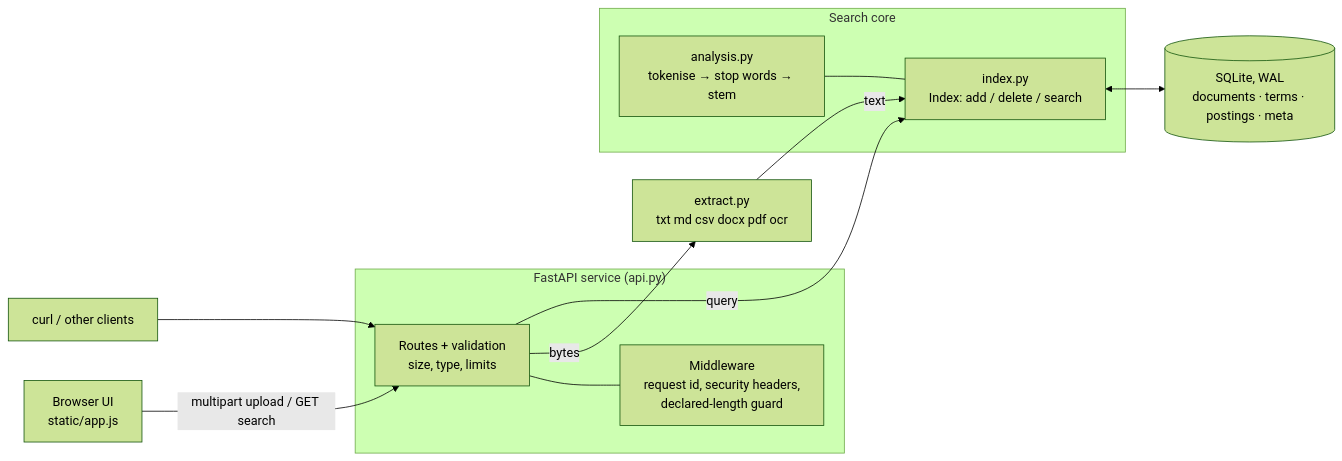
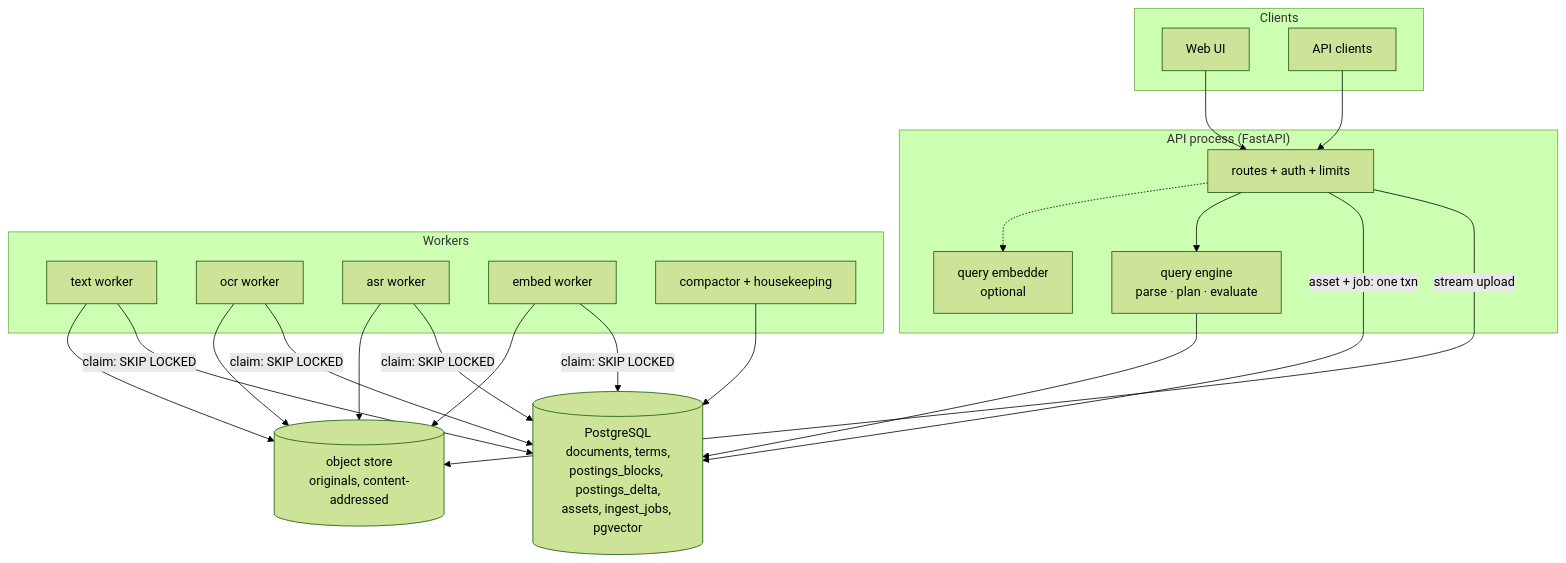
Before and after one commit to dipesh9765/SIH-Big-Data-Searching: the first of 3 diagrams in ARCHITECTURE.md, drawn with Mermaid (forest theme). The commit also changed other lines of this file and 6 other files, not shown here.

Commit message:
build: compose app stack, API/worker images, CI for the whole system, smoke test, docs

````diff
--- a/ARCHITECTURE.md
+++ b/ARCHITECTURE.md
@@ -7,19 +7,29 @@
 ```mermaid
-flowchart LR
-    UI[Browser UI<br/>static/app.js] -->|multipart upload / GET search| API
-    Client[curl / other clients] --> API
-    subgraph Service["FastAPI service (api.py)"]
-        API[Routes + validation<br/>size, type, limits]
-        MW[Middleware<br/>request id, security headers,<br/>declared-length guard]
-        API --- MW
+flowchart TB
+    subgraph Clients
+        UI[Web UI] 
+        CURL[API clients]
     end
-    API -->|bytes| EX[extract.py<br/>txt md csv docx pdf ocr]
-    EX -->|text| IDX
-    API -->|query| IDX
-    subgraph Core["Search core"]
-        AN[analysis.py<br/>tokenise → stop words → stem]
-        IDX[index.py<br/>Index: add / delete / search]
-        AN --- IDX
+    subgraph API["API process (FastAPI)"]
+        R[routes + auth + limits]
+        Q[query engine<br/>parse · plan · evaluate]
+        EMB[query embedder<br/>optional]
     end
-    IDX <--> DB[(SQLite, WAL<br/>documents · terms · postings · meta)]
+    subgraph Workers
+        T[text worker]
+        O[ocr worker]
+        A[asr worker]
+        E[embed worker]
+        C[compactor + housekeeping]
+    end
+    OBJ[(object store<br/>originals, content-addressed)]
+    PG[("PostgreSQL<br/>documents, terms,<br/>postings_blocks, postings_delta,<br/>assets, ingest_jobs, pgvector")]
+    UI & CURL --> R
+    R -->|stream upload| OBJ
+    R -->|asset + job: one txn| PG
+    R --> Q --> PG
+    R -.-> EMB
+    T & O & A & E -->|claim: SKIP LOCKED| PG
+    T & O & A & E --> OBJ
+    C --> PG
 ```
````
